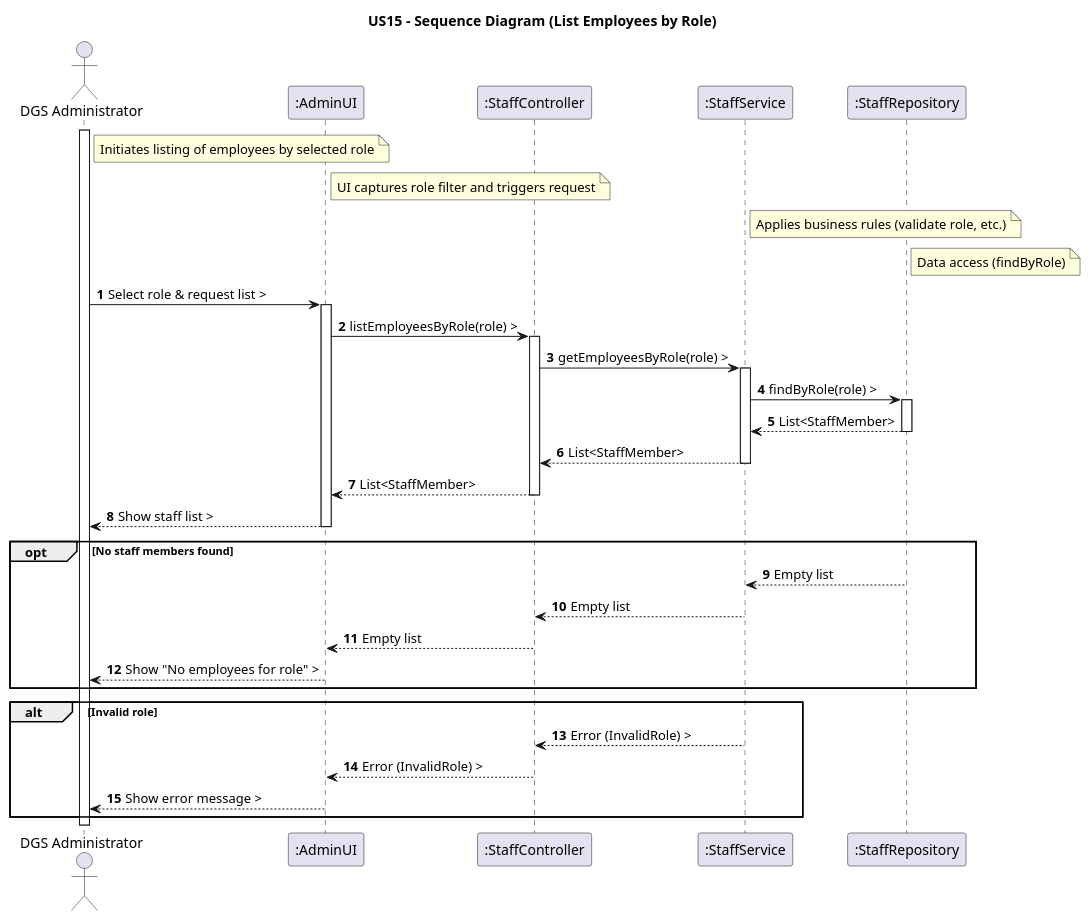
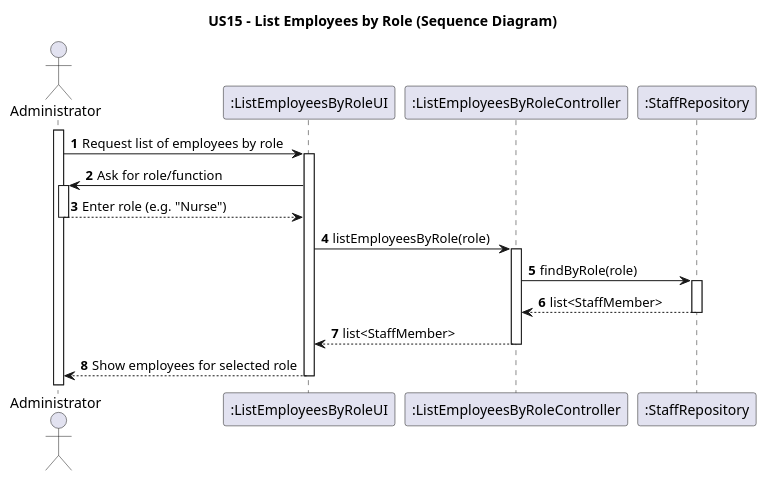
One commit to luluisfcm/leti-esoft-25-26-B5 changed the diagram in docs/system-documentation/US15/puml/US15-SD.puml. Above: the diagram before and after it, drawn with PlantUML. The commit also changed 9 other files, not shown here.

```diff
--- a/docs/system-documentation/US15/puml/US15-SD.puml
+++ b/docs/system-documentation/US15/puml/US15-SD.puml
@@ -1,40 +1,26 @@
 @startuml
 'https://plantuml.com/sequence-diagram
-title US15 – Sequence Diagram (List Employees by Role)
+
+title US15 - List Employees by Role (Sequence Diagram)
+
 autoactivate on
 autonumber
-actor "DGS Administrator" as ADM
-participant ":AdminUI" as UI
-participant ":StaffController" as Ctrl
-participant ":StaffService" as Svc
+
+actor "Administrator" as ADM
+participant ":ListEmployeesByRoleUI" as UI
+participant ":ListEmployeesByRoleController" as Ctrl
 participant ":StaffRepository" as Repo
+
 activate ADM
 
-note right of ADM : Initiates listing of employees by selected role
-note right of UI : UI captures role filter and triggers request
-note right of Svc : Applies business rules (validate role, etc.)
-note right of Repo : Data access (findByRole)
+ADM -> UI: Request list of employees by role
+UI -> ADM: Ask for role/function
+ADM --> UI: Enter role (e.g. "Nurse")
 
-ADM -> UI : Select role & request list >
-UI -> Ctrl : listEmployeesByRole(role) >
-Ctrl -> Svc : getEmployeesByRole(role) >
-Svc -> Repo : findByRole(role) >
-Repo --> Svc : List<StaffMember>
-Svc --> Ctrl : List<StaffMember>
-Ctrl --> UI : List<StaffMember>
-UI --> ADM : Show staff list >
-
-opt No staff members found
-  Repo --> Svc : Empty list
-  Svc --> Ctrl : Empty list
-  Ctrl --> UI : Empty list
-  UI --> ADM : Show "No employees for role" >
-end
-
-alt Invalid role
-  Svc --> Ctrl : Error (InvalidRole) >
-  Ctrl --> UI : Error (InvalidRole) >
-  UI --> ADM : Show error message >
-end
+UI -> Ctrl: listEmployeesByRole(role)
+Ctrl -> Repo: findByRole(role)
+Repo --> Ctrl: list<StaffMember>
+Ctrl --> UI: list<StaffMember>
+UI --> ADM: Show employees for selected role
 
 @enduml
```
